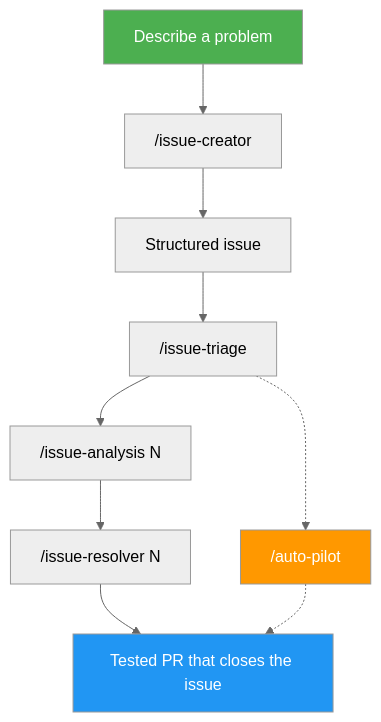
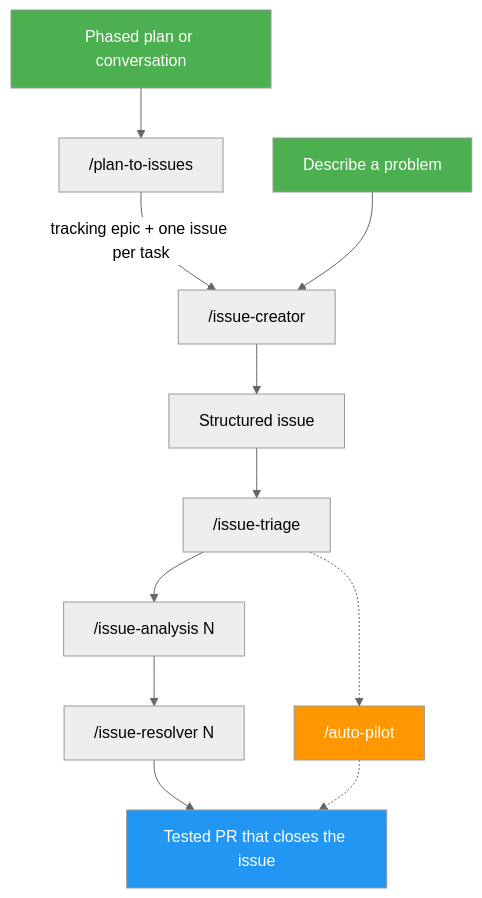
One commit to luongnv89/idd changed the first of 2 diagrams in README.md. Above: the diagram before and after it, drawn with Mermaid (neutral theme). The commit also changed other lines of this file and 71 other files, not shown here.

First line of the commit message:
feat(skills): move plan-to-issues into idd as a public skill (#502) (#504)

````diff
--- a/README.md
+++ b/README.md
@@ -43,15 +43,18 @@
 ```mermaid
 graph TD
+    P["Phased plan or conversation"] --> Q["/plan-to-issues"]
+    Q --> |"tracking epic + one issue per task"| B
     A["Describe a problem"] --> B["/issue-creator"]
     B --> C["Structured issue"]
     C --> D["/issue-triage"]
     D --> E["/issue-analysis N"]
     E --> F["/issue-resolver N"]
     F --> G["Tested PR that closes the issue"]
     D -.-> H["/auto-pilot"]
     H -.-> G
 
     style A fill:#4CAF50,color:#fff
+    style P fill:#4CAF50,color:#fff
     style G fill:#2196F3,color:#fff
     style H fill:#FF9800,color:#fff
 ```
````
